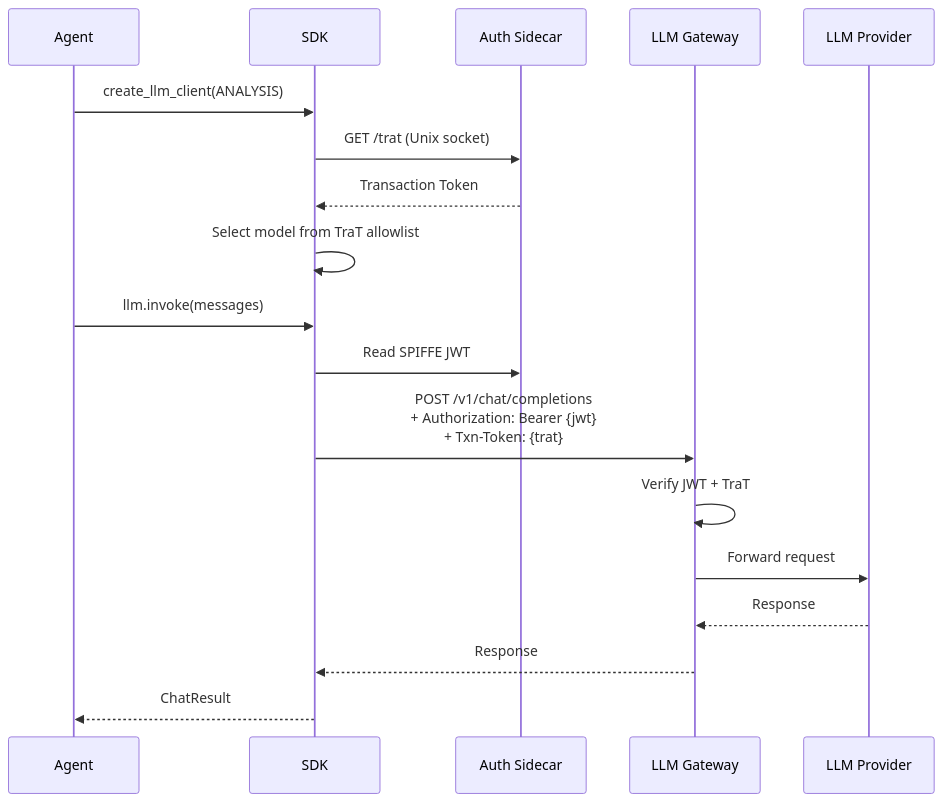
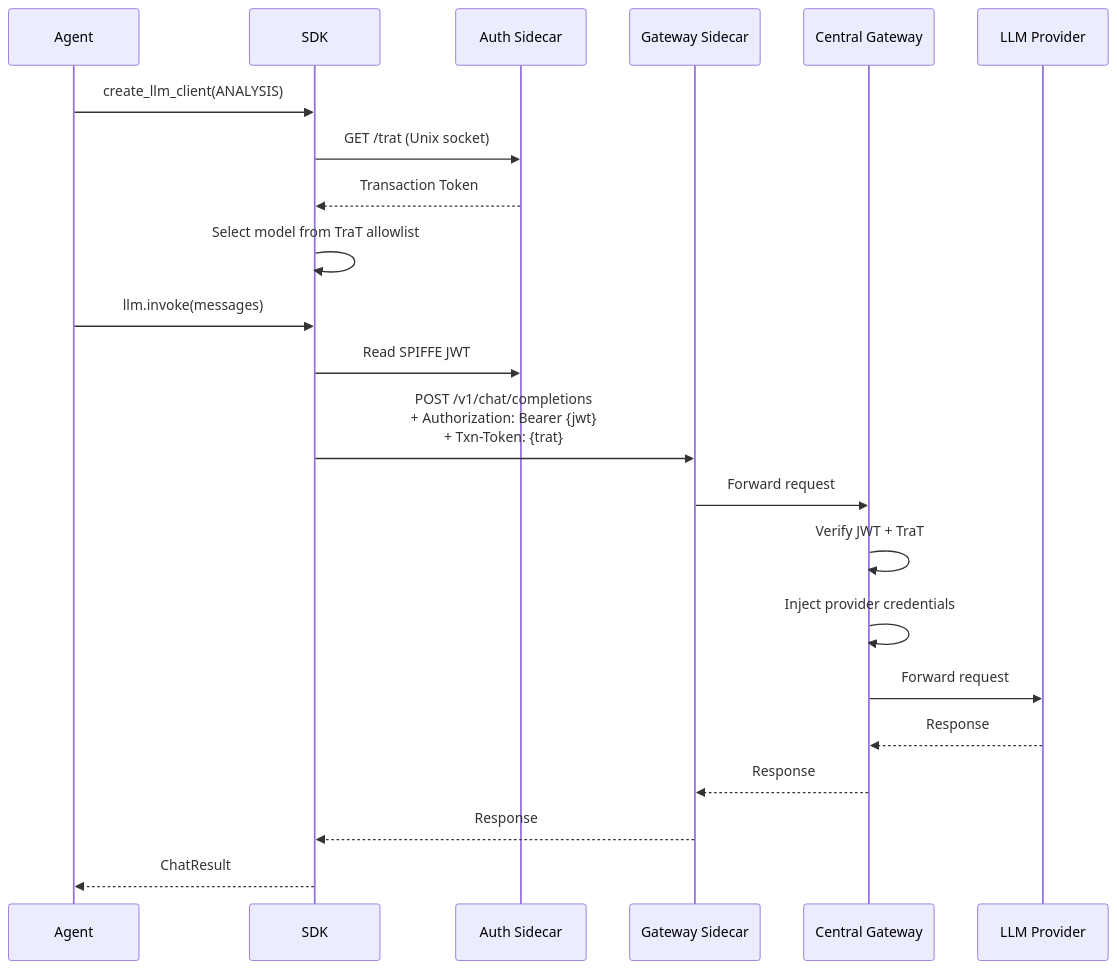
One commit to SapphireBeehiveStudios/sage-sanctum-sdk changed the second of 2 diagrams in docs/concepts/architecture.md. Above: the diagram before and after it, drawn with Mermaid. The commit also changed other lines of this file and 3 other files, not shown here.

First line of the commit message:
docs: update architecture to reflect bridge.py auth proxy and forwarder sidecar

````diff
--- a/docs/concepts/architecture.md
+++ b/docs/concepts/architecture.md
@@ -66,22 +73,26 @@
 ```mermaid
 sequenceDiagram
     participant Agent
     participant SDK
     participant Auth as Auth Sidecar
-    participant GW as LLM Gateway
+    participant SC as Gateway Sidecar
+    participant GW as Central Gateway
     participant LLM as LLM Provider
 
     Agent->>SDK: create_llm_client(ANALYSIS)
     SDK->>Auth: GET /trat (Unix socket)
     Auth-->>SDK: Transaction Token
     SDK->>SDK: Select model from TraT allowlist
 
     Agent->>SDK: llm.invoke(messages)
     SDK->>Auth: Read SPIFFE JWT
-    SDK->>GW: POST /v1/chat/completions<br/>+ Authorization: Bearer {jwt}<br/>+ Txn-Token: {trat}
+    SDK->>SC: POST /v1/chat/completions<br/>+ Authorization: Bearer {jwt}<br/>+ Txn-Token: {trat}
+    SC->>GW: Forward request
     GW->>GW: Verify JWT + TraT
+    GW->>GW: Inject provider credentials
     GW->>LLM: Forward request
     LLM-->>GW: Response
-    GW-->>SDK: Response
+    GW-->>SC: Response
+    SC-->>SDK: Response
     SDK-->>Agent: ChatResult
 ```
````
